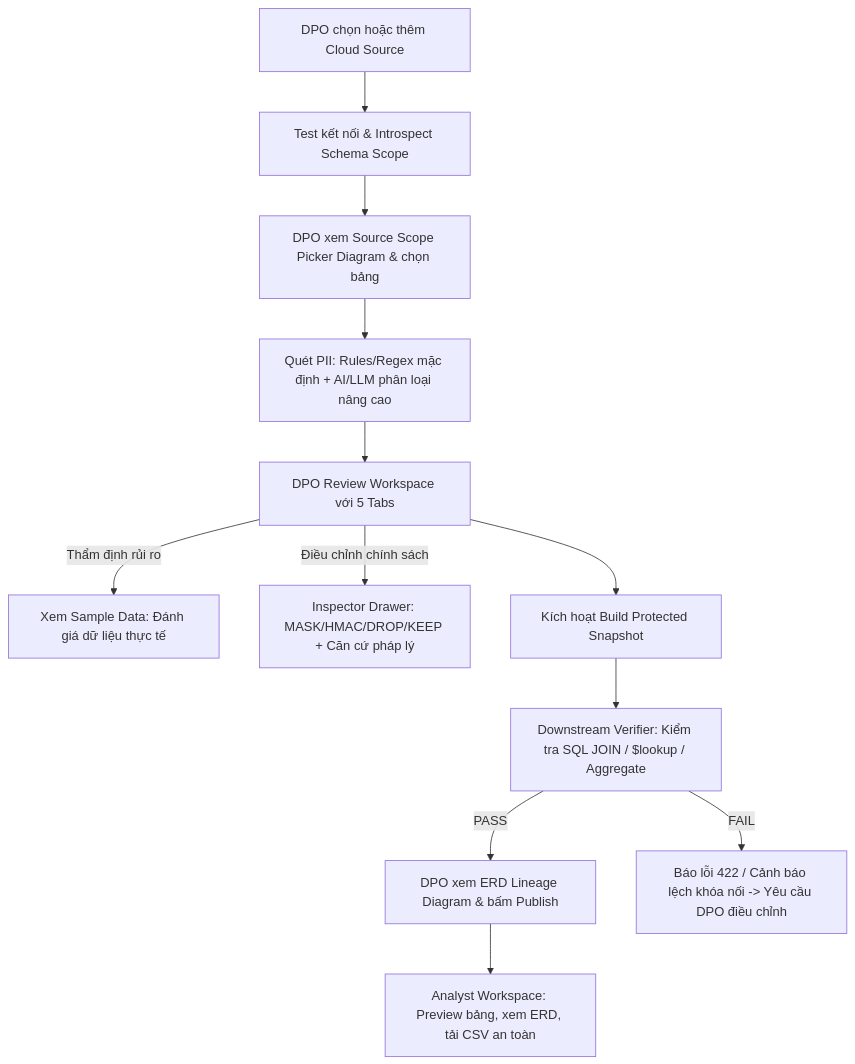
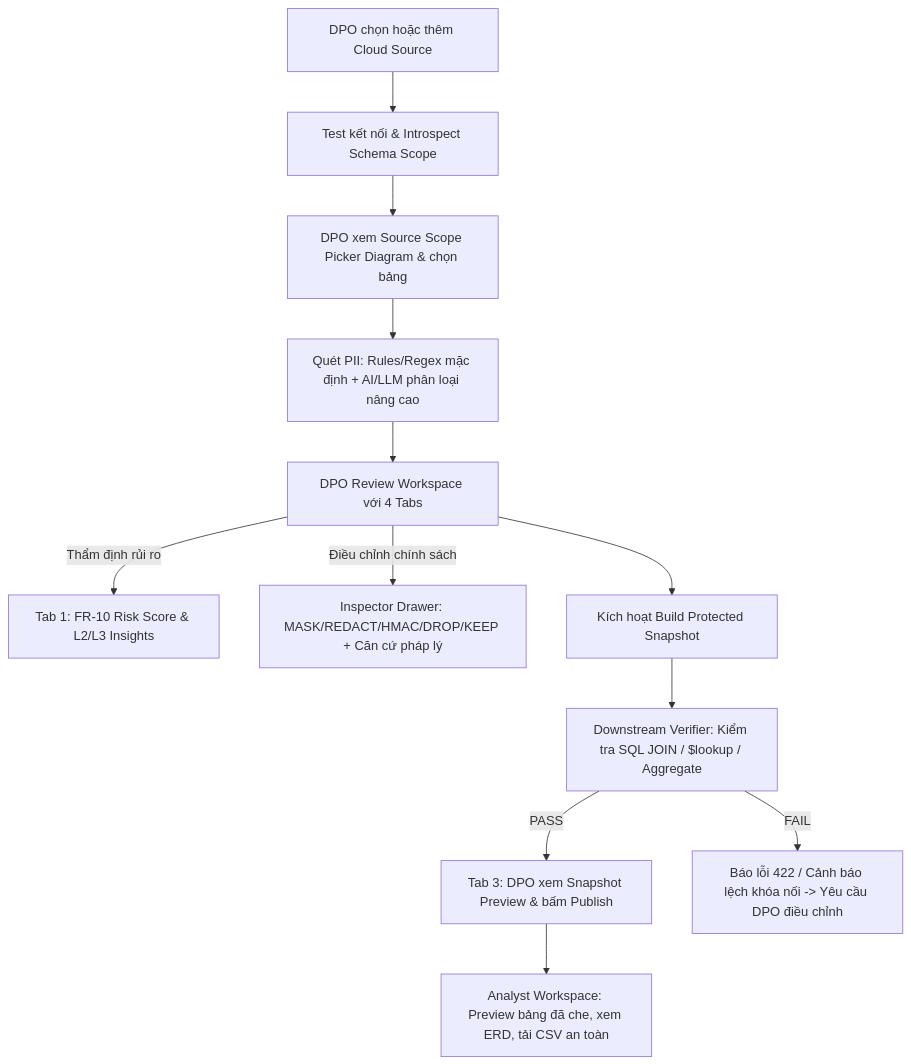
Before and after one commit to tlong1610/PII_Masking: the first of 2 diagrams in docs/core/SYSTEM_ARCHITECTURE.md, drawn with Mermaid. The commit also changed other lines of this file and 13 other files, not shown here.

````diff
--- a/docs/core/SYSTEM_ARCHITECTURE.md
+++ b/docs/core/SYSTEM_ARCHITECTURE.md
@@ -48,14 +54,14 @@
 ```mermaid
 flowchart TD
     A[DPO chọn hoặc thêm Cloud Source] --> B[Test kết nối & Introspect Schema Scope]
     B --> C[DPO xem Source Scope Picker Diagram & chọn bảng]
     C --> D[Quét PII: Rules/Regex mặc định + AI/LLM phân loại nâng cao]
-    D --> E[DPO Review Workspace với 5 Tabs]
-    E -->|Thẩm định rủi ro| E1[Xem Sample Data: Đánh giá dữ liệu thực tế]
-    E -->|Điều chỉnh chính sách| E2[Inspector Drawer: MASK/HMAC/DROP/KEEP + Căn cứ pháp lý]
+    D --> E[DPO Review Workspace với 4 Tabs]
+    E -->|Thẩm định rủi ro| E1[Tab 1: FR-10 Risk Score & L2/L3 Insights]
+    E -->|Điều chỉnh chính sách| E2[Inspector Drawer: MASK/REDACT/HMAC/DROP/KEEP + Căn cứ pháp lý]
     E --> F[Kích hoạt Build Protected Snapshot]
-    F --> G[Downstream Verifier: Kiểm tra SQL JOIN / $lookup / Aggregate]
-    G -->|PASS| H[DPO xem ERD Lineage Diagram & bấm Publish]
-    G -->|FAIL| I[Báo lỗi 422 / Cảnh báo lệch khóa nối -> Yêu cầu DPO điều chỉnh]
-    H --> J[Analyst Workspace: Preview bảng, xem ERD, tải CSV an toàn]
+    F --> G["Downstream Verifier: Kiểm tra SQL JOIN / $lookup / Aggregate"]
+    G -->|PASS| H["Tab 3: DPO xem Snapshot Preview & bấm Publish"]
+    G -->|FAIL| I["Báo lỗi 422 / Cảnh báo lệch khóa nối -> Yêu cầu DPO điều chỉnh"]
+    H --> J["Analyst Workspace: Preview bảng đã che, xem ERD, tải CSV an toàn"]
 ```
````
